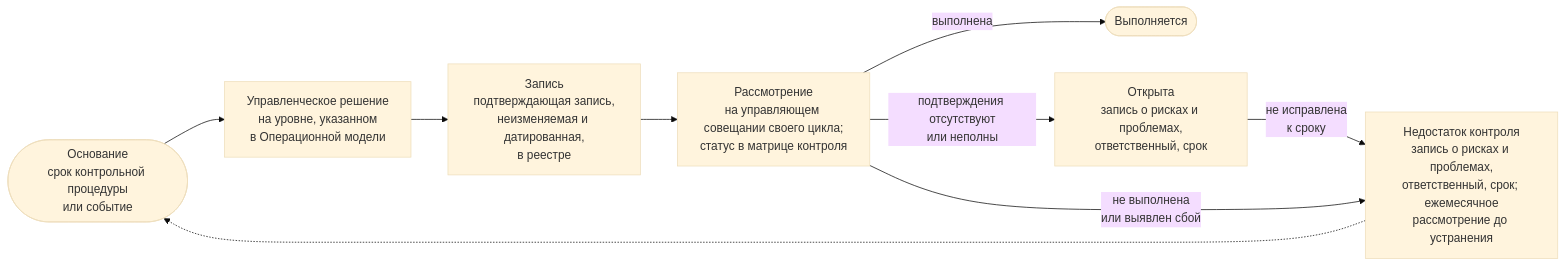
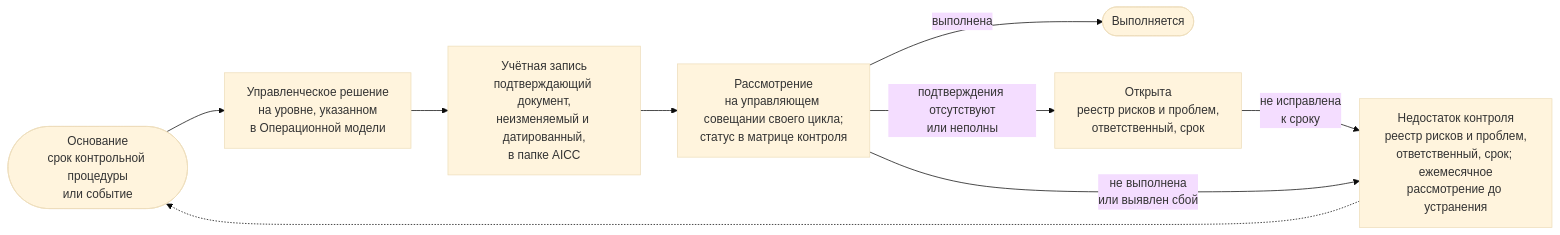
The diagram in portal/content/ru/governance/controls-and-the-catalogue.md (devhogu/ob-aicc), drawn with Mermaid (base theme) before and after one commit. The commit also changed other lines of this file and 370 other files, not shown here.

````diff
--- a/portal/content/ru/governance/controls-and-the-catalogue.md
+++ b/portal/content/ru/governance/controls-and-the-catalogue.md
@@ -31,11 +31,11 @@
 ```mermaid
 flowchart LR
   T(["Основание<br/>срок контрольной процедуры<br/>или событие"]) --> D["Управленческое решение<br/>на уровне, указанном<br/>в Операционной модели"]
-  D --> R["Запись<br/>подтверждающая запись,<br/>неизменяемая и датированная,<br/>в реестре"]
+  D --> R["Учётная запись<br/>подтверждающий документ,<br/>неизменяемый и датированный,<br/>в папке AICC"]
   R --> V["Рассмотрение<br/>на управляющем совещании своего цикла;<br/>статус в матрице контроля"]
   V -->|"выполнена"| OK(["Выполняется"])
-  V -->|"подтверждения отсутствуют<br/>или неполны"| OP["Открыта<br/>запись о рисках и проблемах,<br/>ответственный, срок"]
+  V -->|"подтверждения отсутствуют<br/>или неполны"| OP["Открыта<br/>реестр рисков и проблем,<br/>ответственный, срок"]
   OP -->|"не исправлена<br/>к сроку"| DF
-  V -->|"не выполнена<br/>или выявлен сбой"| DF["Недостаток контроля<br/>запись о рисках и проблемах,<br/>ответственный, срок; ежемесячное<br/>рассмотрение до устранения"]
+  V -->|"не выполнена<br/>или выявлен сбой"| DF["Недостаток контроля<br/>реестр рисков и проблем,<br/>ответственный, срок; ежемесячное<br/>рассмотрение до устранения"]
   DF -.-> T
 ```
````
